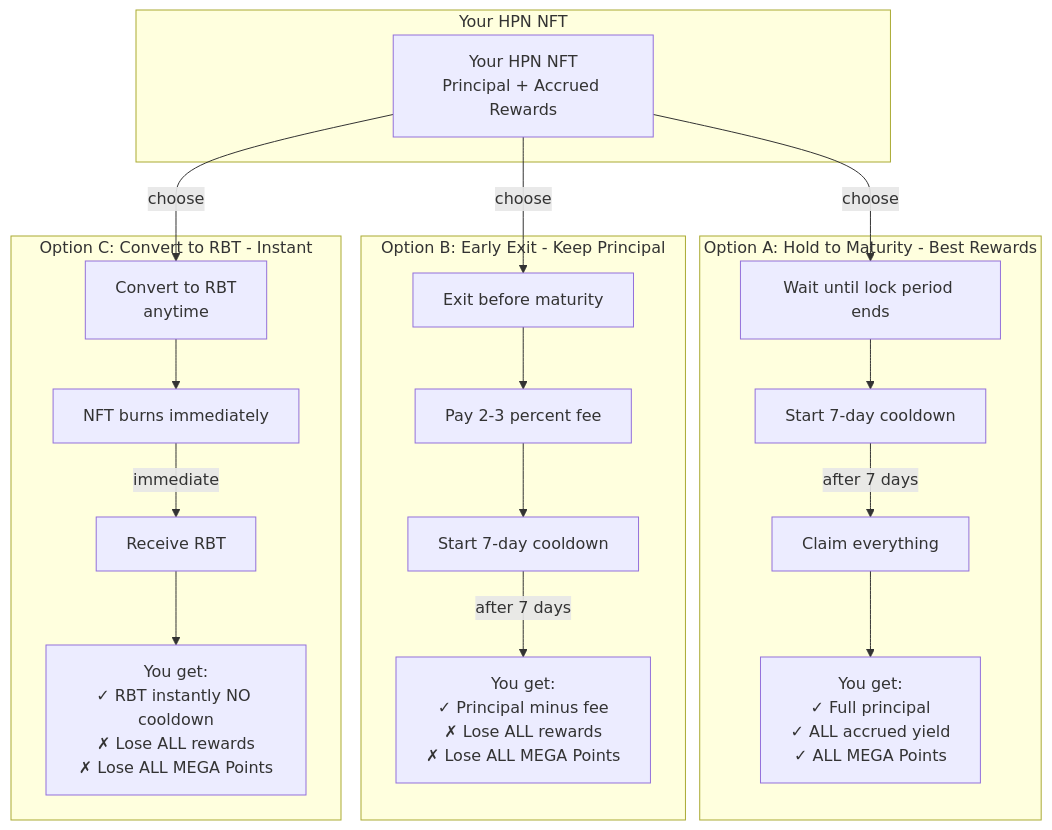
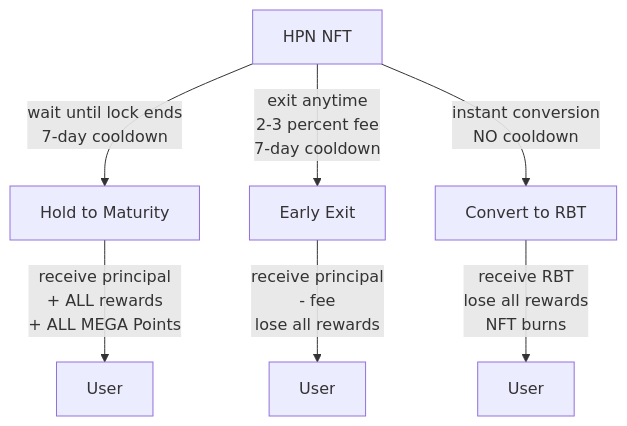
One commit to 0xJaehaerys/ohmega changed the third of 7 diagrams in blackhaven-architecture-diagrams.md. Above: the diagram before and after it, drawn with Mermaid. The commit also changed other lines of this file, not shown here.

Commit message:
Simplify HPN diagrams: small blocks with details on arrows

````diff
--- a/blackhaven-architecture-diagrams.md
+++ b/blackhaven-architecture-diagrams.md
@@ -124,43 +102,20 @@
 ```mermaid
 graph TB
-    subgraph "Your HPN NFT"
-        NFT[Your HPN NFT<br/>Principal + Accrued Rewards]
-    end
+    NFT[HPN NFT]
     
-    subgraph "Option A: Hold to Maturity - Best Rewards"
-        MAT_ACTION[Wait until lock period ends]
-        MAT_COOLDOWN[Start 7-day cooldown]
-        MAT_CLAIM[Claim everything]
-        MAT_RESULT[You get:<br/>✓ Full principal<br/>✓ ALL accrued yield<br/>✓ ALL MEGA Points]
-    end
+    MATURITY[Hold to Maturity]
+    EARLY[Early Exit]
+    CONVERT[Convert to RBT]
     
-    subgraph "Option B: Early Exit - Keep Principal"
-        EARLY_ACTION[Exit before maturity]
-        EARLY_FEE[Pay 2-3 percent fee]
-        EARLY_COOLDOWN[Start 7-day cooldown]
-        EARLY_RESULT[You get:<br/>✓ Principal minus fee<br/>✗ Lose ALL rewards<br/>✗ Lose ALL MEGA Points]
-    end
+    USER_MAT[User]
+    USER_EARLY[User]
+    USER_CONVERT[User]
     
-    subgraph "Option C: Convert to RBT - Instant"
-        CONVERT_ACTION[Convert to RBT<br/>anytime]
-        CONVERT_BURN[NFT burns immediately]
-        CONVERT_RBT[Receive RBT]
-        CONVERT_RESULT[You get:<br/>✓ RBT instantly NO cooldown<br/>✗ Lose ALL rewards<br/>✗ Lose ALL MEGA Points]
-    end
+    NFT -->|wait until lock ends<br/>7-day cooldown| MATURITY
+    NFT -->|exit anytime<br/>2-3 percent fee<br/>7-day cooldown| EARLY
+    NFT -->|instant conversion<br/>NO cooldown| CONVERT
     
-    NFT -->|choose| MAT_ACTION
-    NFT -->|choose| EARLY_ACTION
-    NFT -->|choose| CONVERT_ACTION
-    
-    MAT_ACTION --> MAT_COOLDOWN
-    MAT_COOLDOWN -->|after 7 days| MAT_CLAIM
-    MAT_CLAIM --> MAT_RESULT
-    
-    EARLY_ACTION --> EARLY_FEE
-    EARLY_FEE --> EARLY_COOLDOWN
-    EARLY_COOLDOWN -->|after 7 days| EARLY_RESULT
-    
-    CONVERT_ACTION --> CONVERT_BURN
-    CONVERT_BURN -->|immediate| CONVERT_RBT
-    CONVERT_RBT --> CONVERT_RESULT
+    MATURITY -->|receive principal<br/>+ ALL rewards<br/>+ ALL MEGA Points| USER_MAT
+    EARLY -->|receive principal<br/>- fee<br/>lose all rewards| USER_EARLY
+    CONVERT -->|receive RBT<br/>lose all rewards<br/>NFT burns| USER_CONVERT
 ```
````
